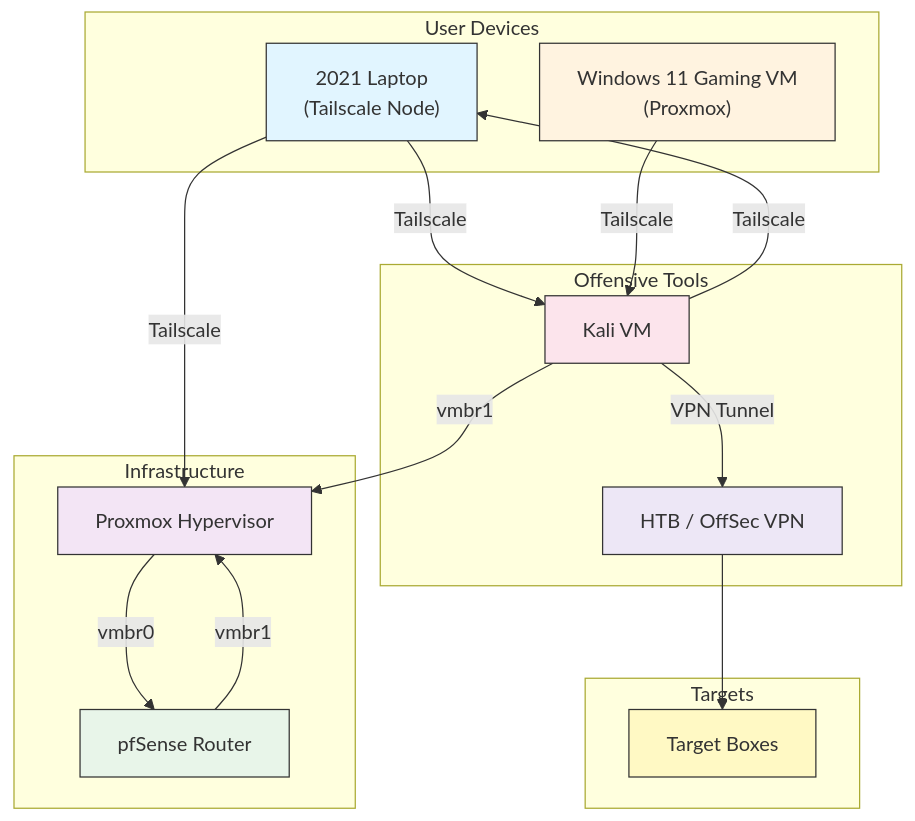
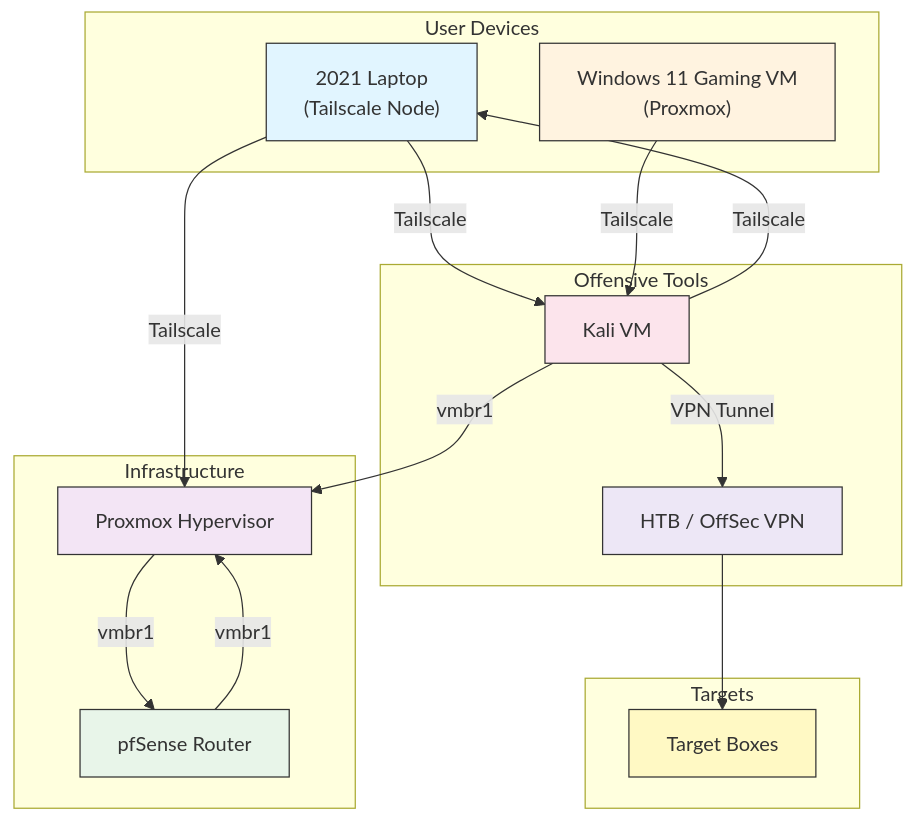
One commit to Surzal-kali/git changed the diagram in Challenges/topology/topology.md. Above: the diagram before and after it, drawn with Mermaid. The commit also changed 2 other files, not shown here.

Commit message:
topology clarification

````diff
--- a/Challenges/topology/topology.md
+++ b/Challenges/topology/topology.md
@@ -1,40 +1,40 @@
 ```mermaid
 flowchart TD
   %% Grouped nodes for clarity
   subgraph "User Devices"
     A["2021 Laptop<br/>(Tailscale Node)"]
     B["Windows 11 Gaming VM<br/>(Proxmox)"]
   end
 
   subgraph "Infrastructure"
     C["Proxmox Hypervisor"]
     D["pfSense Router"]
   end
 
   subgraph "Offensive Tools"
     E["Kali VM"]
     F["HTB / OffSec VPN"]
   end
 
   subgraph "Targets"
     G["Target Boxes"]
   end
 
   A -->|Tailscale| E
   A -->|Tailscale| C
   B -->|Tailscale| E
   E -->|vmbr1| C
-  C -->|vmbr0| D
+  C -->|vmbr1| D
   D -->|vmbr1| C
   E -->|VPN Tunnel| F
   F --> G
   E -->|Tailscale| A
 
   style A fill:#e1f5ff,stroke:#333,stroke-width:1px
   style B fill:#fff3e0,stroke:#333,stroke-width:1px
   style C fill:#f3e5f5,stroke:#333,stroke-width:1px
   style D fill:#e8f5e9,stroke:#333,stroke-width:1px
   style E fill:#fce4ec,stroke:#333,stroke-width:1px
   style F fill:#ede7f6,stroke:#333,stroke-width:1px
   style G fill:#fff9c4,stroke:#333,stroke-width:1px
 ```
````
